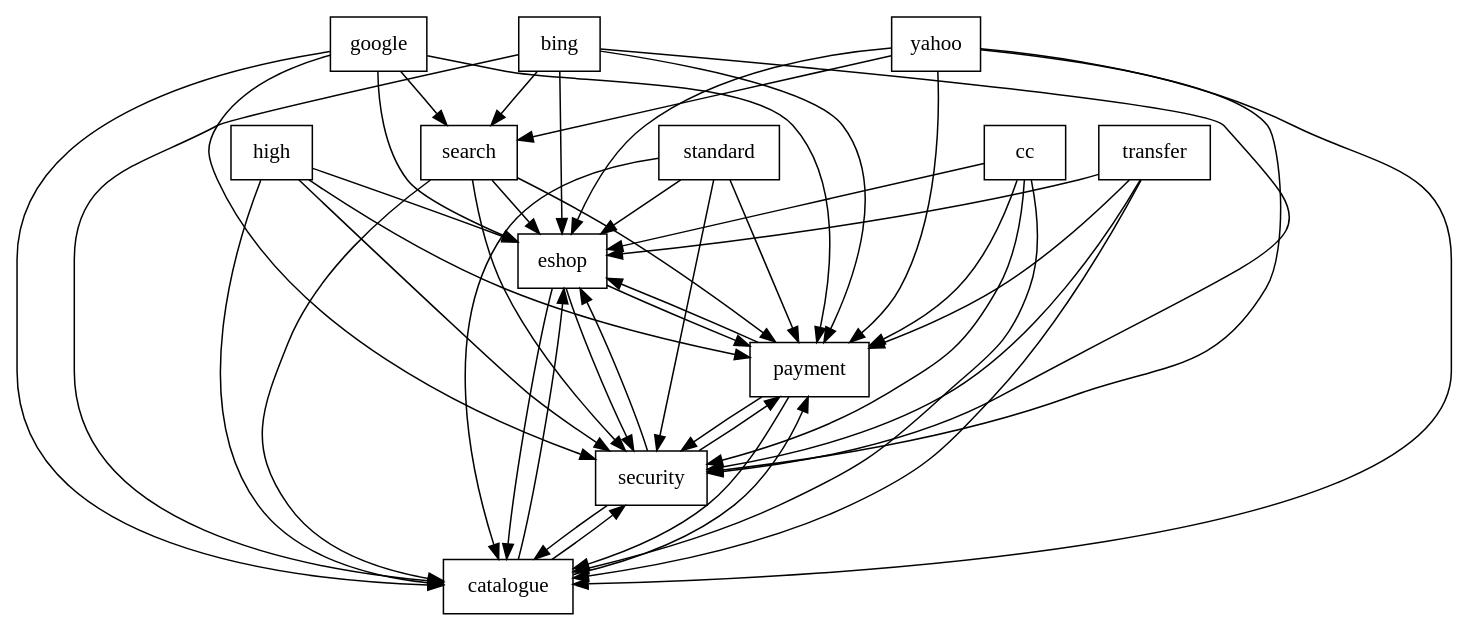
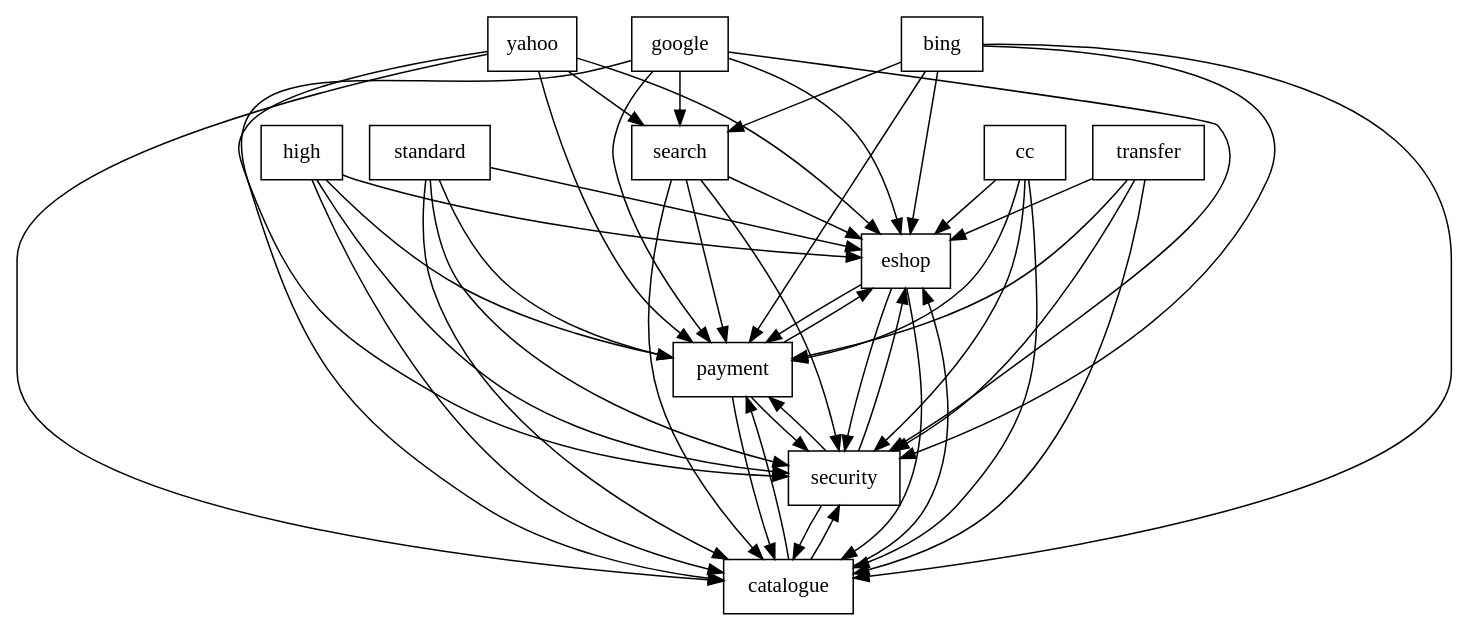
The diagram in FAMILIAR/output/SPLOT-big/fm_52_model_20101111_156018899.xml.dot (FAMILIAR-project/familiar-language), drawn with Graphviz before and after one commit. The commit also changed 199 other files, not shown here.

```diff
--- a/FAMILIAR/output/SPLOT-big/fm_52_model_20101111_156018899.xml.dot
+++ b/FAMILIAR/output/SPLOT-big/fm_52_model_20101111_156018899.xml.dot
@@ -1,64 +1,64 @@
 digraph{
 graph [rankdir=TB];
 node [shape=box];
 edge [arrowhead=normal];
 0[label="eshop",]
 1[label="transfer",]
 2[label="google",]
-3[label="payment",]
-4[label="standard",]
+3[label="standard",]
+4[label="payment",]
 5[label="catalogue",]
 6[label="search",]
 7[label="bing",]
-8[label="security",]
-9[label="high",]
+8[label="high",]
+9[label="security",]
 10[label="cc",]
 11[label="yahoo",]
-0->3[label="",]
+0->4[label="",]
 0->5[label="",]
-0->8[label="",]
+0->9[label="",]
 1->0[label="",]
-1->3[label="",]
+1->4[label="",]
 1->5[label="",]
-1->8[label="",]
+1->9[label="",]
 2->0[label="",]
-2->3[label="",]
+2->4[label="",]
 2->5[label="",]
 2->6[label="",]
-2->8[label="",]
+2->9[label="",]
 3->0[label="",]
+3->4[label="",]
 3->5[label="",]
-3->8[label="",]
+3->9[label="",]
 4->0[label="",]
-4->3[label="",]
 4->5[label="",]
-4->8[label="",]
+4->9[label="",]
 5->0[label="",]
-5->3[label="",]
-5->8[label="",]
+5->4[label="",]
+5->9[label="",]
 6->0[label="",]
-6->3[label="",]
+6->4[label="",]
 6->5[label="",]
-6->8[label="",]
+6->9[label="",]
 7->0[label="",]
-7->3[label="",]
+7->4[label="",]
 7->5[label="",]
 7->6[label="",]
-7->8[label="",]
+7->9[label="",]
 8->0[label="",]
-8->3[label="",]
+8->4[label="",]
 8->5[label="",]
+8->9[label="",]
 9->0[label="",]
-9->3[label="",]
+9->4[label="",]
 9->5[label="",]
-9->8[label="",]
 10->0[label="",]
-10->3[label="",]
+10->4[label="",]
 10->5[label="",]
-10->8[label="",]
+10->9[label="",]
 11->0[label="",]
-11->3[label="",]
+11->4[label="",]
 11->5[label="",]
 11->6[label="",]
-11->8[label="",]
+11->9[label="",]
 }
```
